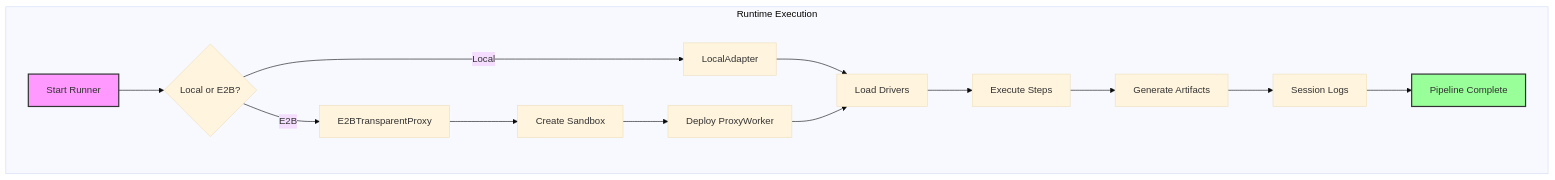
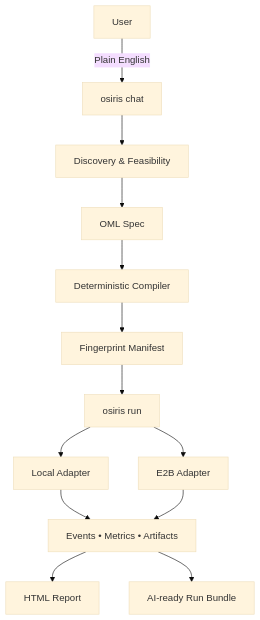
Before and after one commit to keboola/osiris: the diagram in docs/overview.md, drawn with Mermaid (base theme). The commit also changed other lines of this file and 41 other files, not shown here.

````diff
--- a/docs/overview.md
+++ b/docs/overview.md
@@ -96,29 +93,15 @@
 ```mermaid
 graph TB
-    subgraph "Runtime Execution"
-        Start[Start Runner] --> Adapter{Local or E2B?}
-
-        Adapter -->|Local| LocalRun[LocalAdapter]
-        Adapter -->|E2B| E2BRun[E2BTransparentProxy]
-
-        LocalRun --> Drivers[Load Drivers]
-        E2BRun --> Sandbox[Create Sandbox]
-        Sandbox --> ProxyWorker[Deploy ProxyWorker]
-        ProxyWorker --> Drivers
-
-        Drivers --> Execute[Execute Steps]
-        Execute --> Artifacts[Generate Artifacts]
-        Artifacts --> Logs[Session Logs]
-
-        Logs --> Complete[Pipeline Complete]
-    end
-
-    style Start fill:#f9f,stroke:#333,stroke-width:2px
-    style Complete fill:#9f9,stroke:#333,stroke-width:2px
-
-    %% TODO: Add details about:
-    %% - Driver protocol (run method)
-    %% - Data flow between steps
-    %% - Metric collection
-    %% - Error handling & retry
+    U[User] -->|Plain English| CHAT[osiris chat]
+    CHAT --> DISC[Discovery & Feasibility]
+    DISC --> OML[OML Spec]
+    OML --> COMP[Deterministic Compiler]
+    COMP --> M[Fingerprint Manifest]
+    M --> RUN[osiris run]
+    RUN --> LCL[Local Adapter]
+    RUN --> E2B[E2B Adapter]
+    LCL --> OBS[Events • Metrics • Artifacts]
+    E2B --> OBS
+    OBS --> HTML[HTML Report]
+    OBS --> AIB[AI‑ready Run Bundle]
 ```
````
